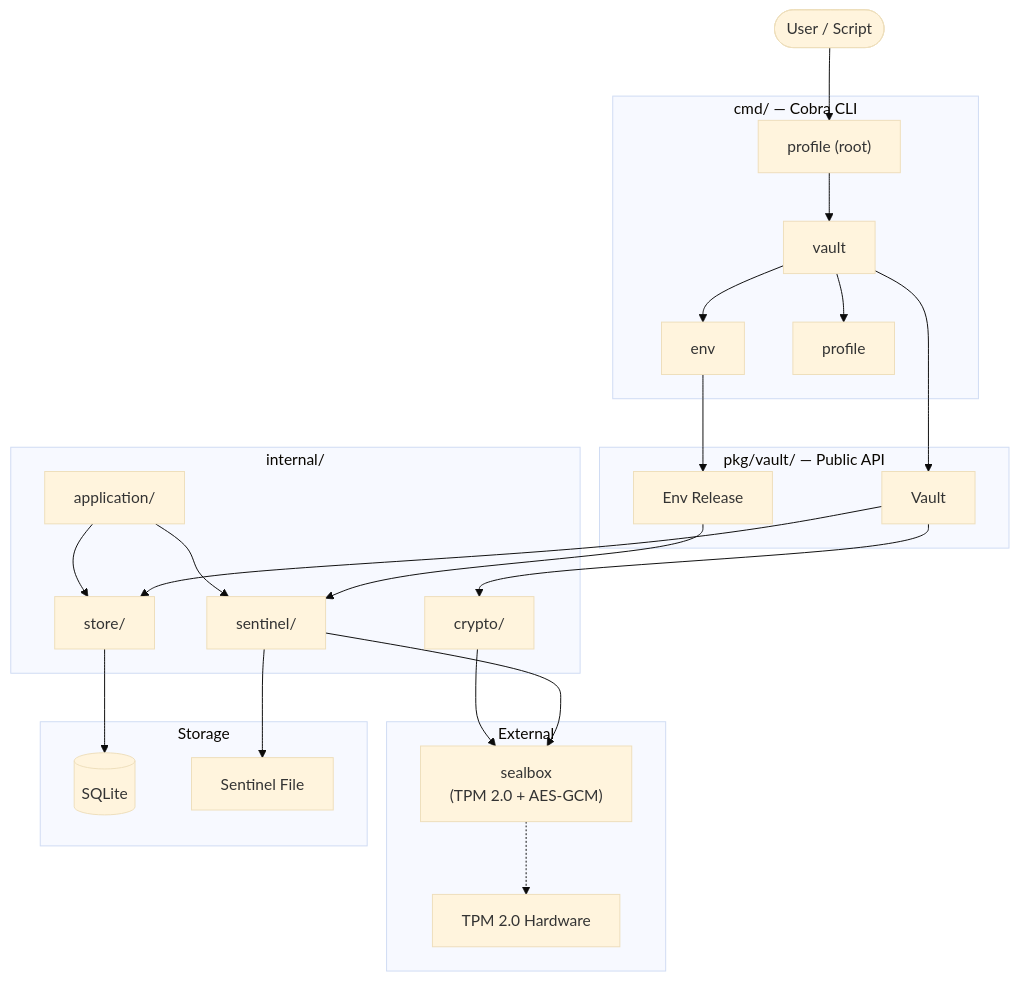
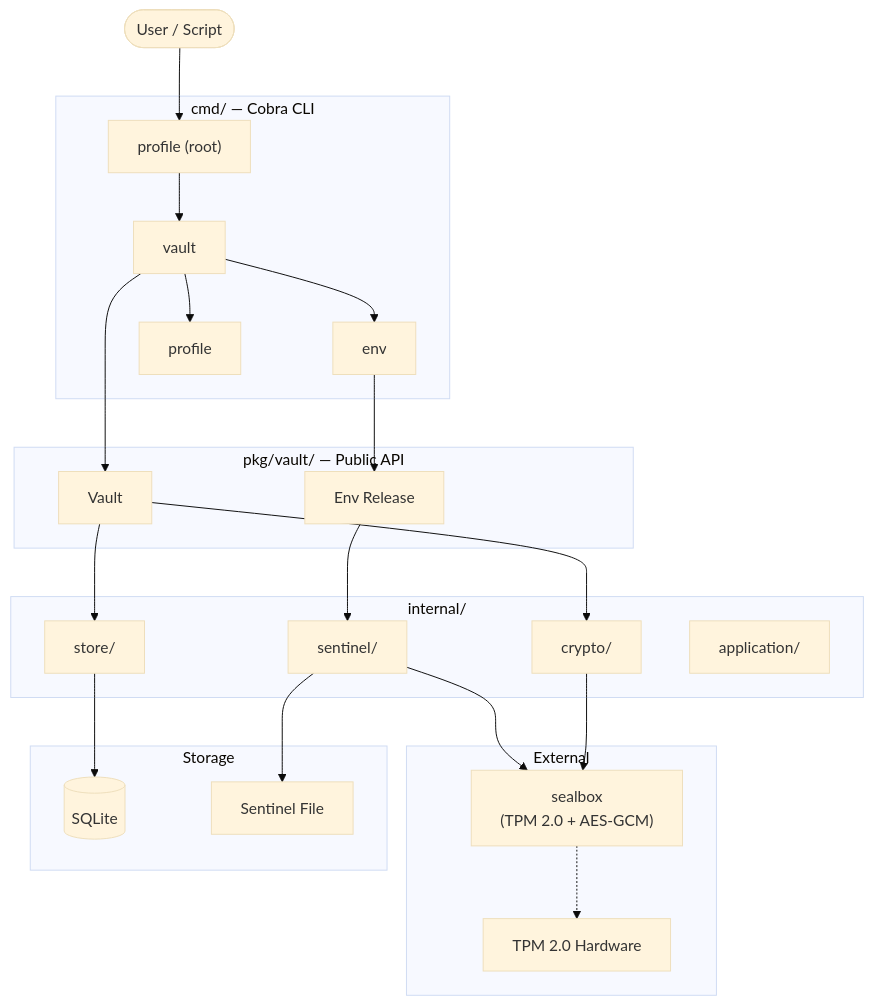
Before and after one commit to inovacc/anvil: the first of 15 diagrams in docs/ARCHITECTURE.md, drawn with Mermaid (base theme). The commit also changed other lines of this file and 13 other files, not shown here.

````diff
--- a/docs/ARCHITECTURE.md
+++ b/docs/ARCHITECTURE.md
@@ -7,50 +7,48 @@
 ```mermaid
 graph TB
     User([User / Script])
 
     subgraph CLI["cmd/ — Cobra CLI"]
         Root["profile (root)"]
         VaultCmd["vault"]
         EnvCmd["env"]
         ProfileCmd["profile"]
     end
 
     subgraph Core["pkg/vault/ — Public API"]
         Vault["Vault"]
         EnvOps["Env Release"]
     end
 
     subgraph Internal["internal/"]
         Crypto["crypto/"]
         Sentinel["sentinel/"]
         Store["store/"]
         App["application/"]
     end
 
     subgraph External["External"]
         Sealbox["sealbox<br/>(TPM 2.0 + AES-GCM)"]
         TPM["TPM 2.0 Hardware"]
     end
 
     subgraph Storage["Storage"]
         DB[(SQLite)]
         FS["Sentinel File"]
     end
 
     User --> Root
     Root --> VaultCmd
     VaultCmd --> EnvCmd
     VaultCmd --> ProfileCmd
     VaultCmd --> Vault
     EnvCmd --> EnvOps
     Vault --> Crypto
     Vault --> Store
     EnvOps --> Sentinel
     Sentinel --> Sealbox
     Crypto --> Sealbox
     Sealbox -.-> TPM
     Store --> DB
     Sentinel --> FS
-    App --> Store
-    App --> Sentinel
 ```
````
